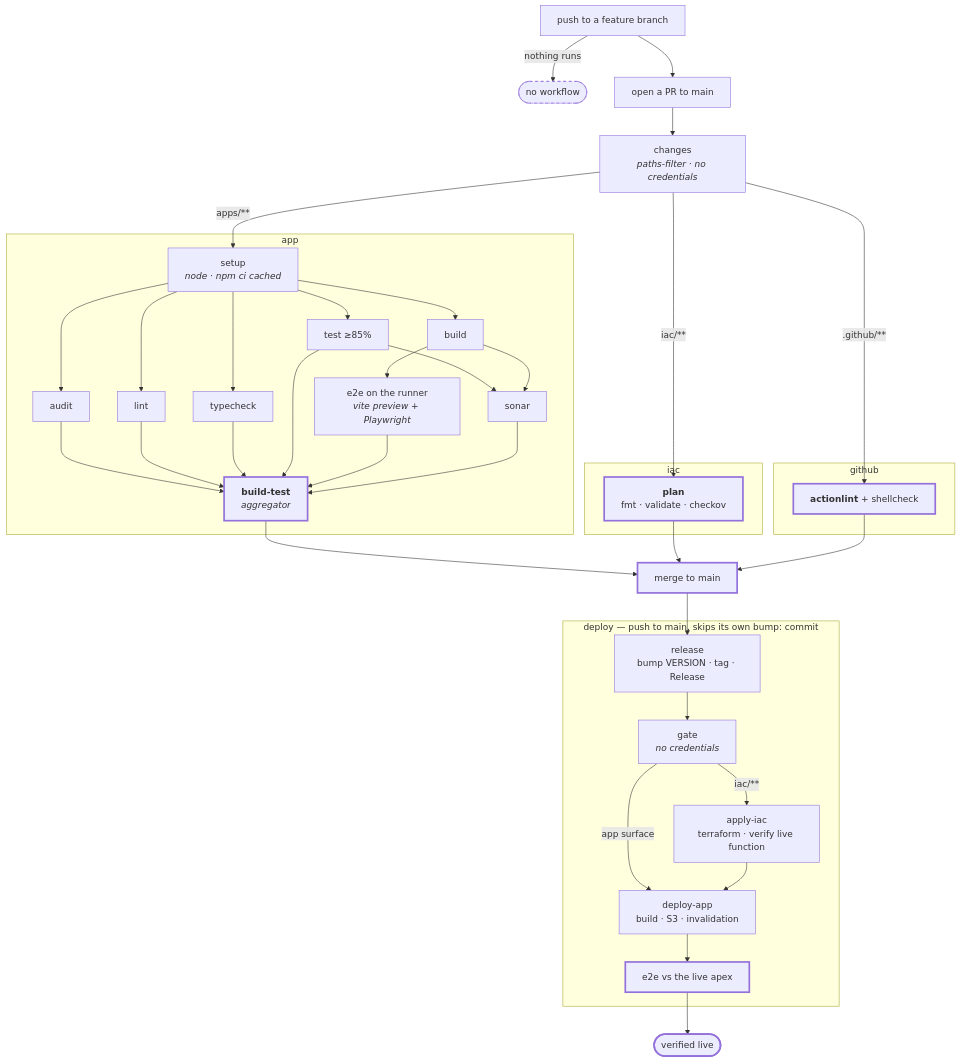
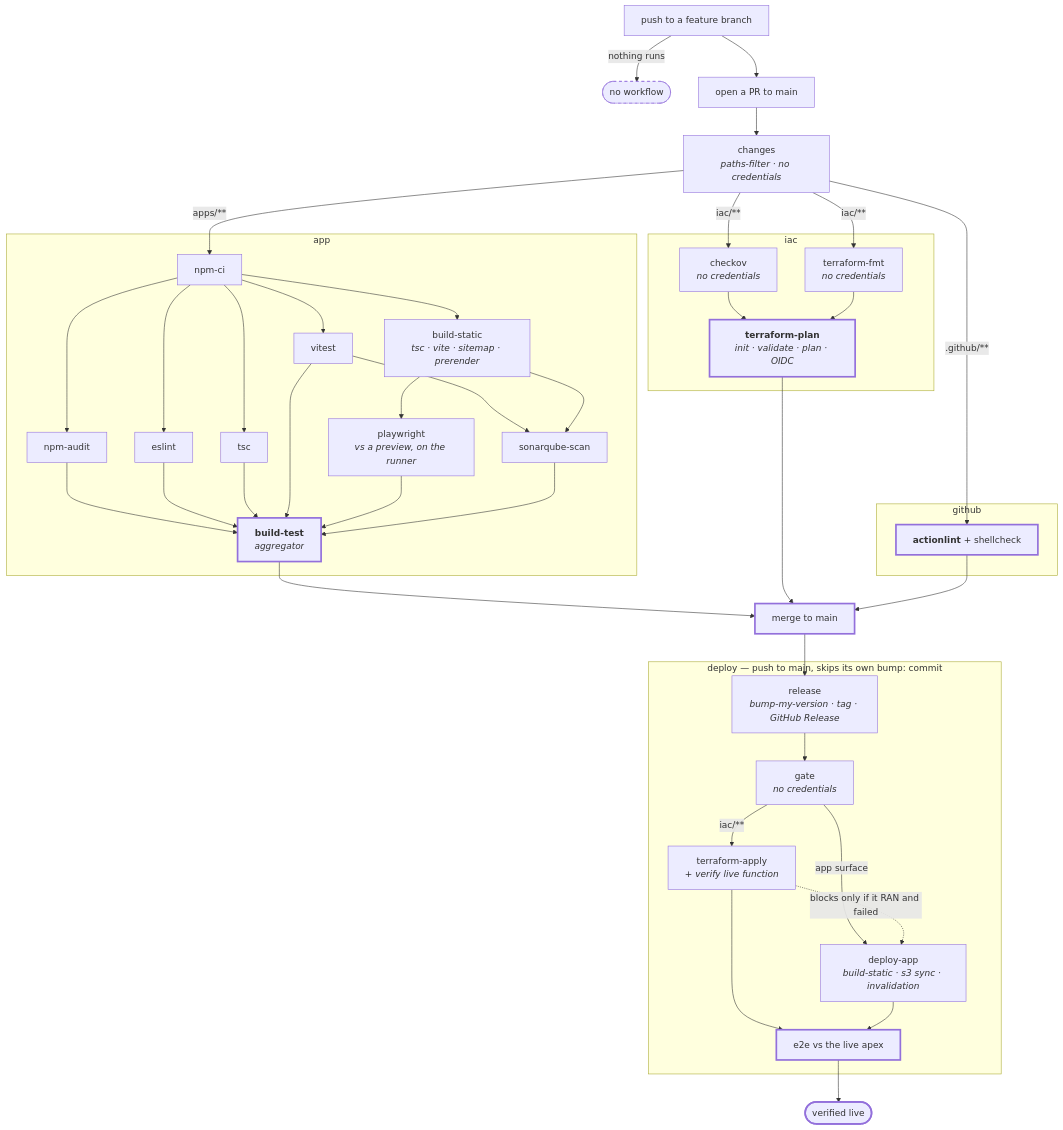
Before and after one commit to tedeuxx/tadeumendonca-io: the diagram in .github/workflows/README.md, drawn with Mermaid. The commit also changed other lines of this file, not shown here.

First line of the commit message:
docs(ci): jobs named after their command, and the iac split cuts on credentials

````diff
--- a/.github/workflows/README.md
+++ b/.github/workflows/README.md
@@ -8,61 +9,66 @@
 ```mermaid
 flowchart TD
     A["push to a feature branch"] -->|"nothing runs"| A2(["no workflow"])
     A --> B["open a PR to main"]
 
     B --> CH["changes<br/><i>paths-filter · no credentials</i>"]
 
     subgraph appwf["app"]
-        IN["setup<br/><i>node · npm ci cached</i>"]
-        IN --> AU["audit"]
-        IN --> LI["lint"]
-        IN --> TY["typecheck"]
-        IN --> TE["test ≥85%"]
-        IN --> BU["build"]
-        BU --> E2["e2e on the runner<br/><i>vite preview + Playwright</i>"]
-        TE --> SO["sonar"]
-        BU --> SO
-        AU --> GATE["<b>build-test</b><br/><i>aggregator</i>"]
-        LI --> GATE
-        TY --> GATE
-        TE --> GATE
-        E2 --> GATE
-        SO --> GATE
+        NC["npm-ci"]
+        NC --> NA["npm-audit"]
+        NC --> ES["eslint"]
+        NC --> TS["tsc"]
+        NC --> VI["vitest"]
+        NC --> BS["build-static<br/><i>tsc · vite · sitemap · prerender</i>"]
+        BS --> PW["playwright<br/><i>vs a preview, on the runner</i>"]
+        VI --> SQ["sonarqube-scan"]
+        BS --> SQ
+        NA --> GATE["<b>build-test</b><br/><i>aggregator</i>"]
+        ES --> GATE
+        TS --> GATE
+        VI --> GATE
+        PW --> GATE
+        SQ --> GATE
     end
 
     subgraph iacwf["iac"]
-        PL["<b>plan</b><br/>fmt · validate · checkov"]
+        CK["checkov<br/><i>no credentials</i>"]
+        TF["terraform-fmt<br/><i>no credentials</i>"]
+        CK --> TP["<b>terraform-plan</b><br/><i>init · validate · plan · OIDC</i>"]
+        TF --> TP
     end
 
     subgraph ghwf["github"]
         AL["<b>actionlint</b> + shellcheck"]
     end
 
-    CH -->|"apps/**"| IN
-    CH -->|"iac/**"| PL
+    CH -->|"apps/**"| NC
+    CH -->|"iac/**"| CK
+    CH -->|"iac/**"| TF
     CH -->|".github/**"| AL
 
     GATE --> M["merge to main"]
-    PL --> M
+    TP --> M
     AL --> M
 
     subgraph deploywf["deploy — push to main, skips its own bump: commit"]
-        RE["release<br/>bump VERSION · tag · Release"]
+        RE["release<br/><i>bump-my-version · tag · GitHub Release</i>"]
         RE --> DG["gate<br/><i>no credentials</i>"]
-        DG -->|"iac/**"| IA["apply-iac<br/>terraform · verify live function"]
-        DG -->|"app surface"| DA["deploy-app<br/>build · S3 · invalidation"]
-        IA --> DA
-        DA --> SM["e2e vs the live apex"]
+        DG -->|"iac/**"| TA["terraform-apply<br/><i>+ verify live function</i>"]
+        DG -->|"app surface"| DA["deploy-app<br/><i>build-static · s3 sync · invalidation</i>"]
+        TA -.->|"blocks only if it RAN and failed"| DA
+        TA --> E2["e2e vs the live apex"]
+        DA --> E2
     end
 
     M --> RE
-    SM --> LIVE(["verified live"])
+    E2 --> LIVE(["verified live"])
 
     style A2 stroke-dasharray: 5 5
     style GATE stroke-width:3px
-    style PL stroke-width:3px
+    style TP stroke-width:3px
     style AL stroke-width:3px
     style M stroke-width:3px
     style LIVE stroke-width:3px
-    style SM stroke-width:3px
+    style E2 stroke-width:3px
 ```
````
